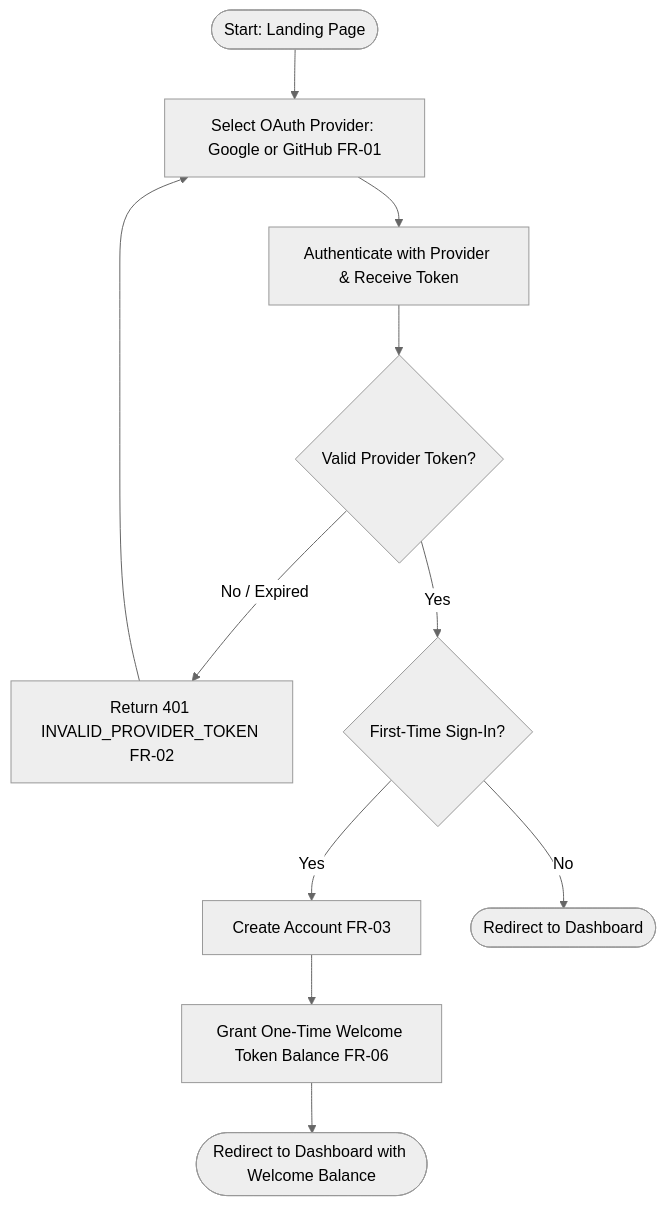
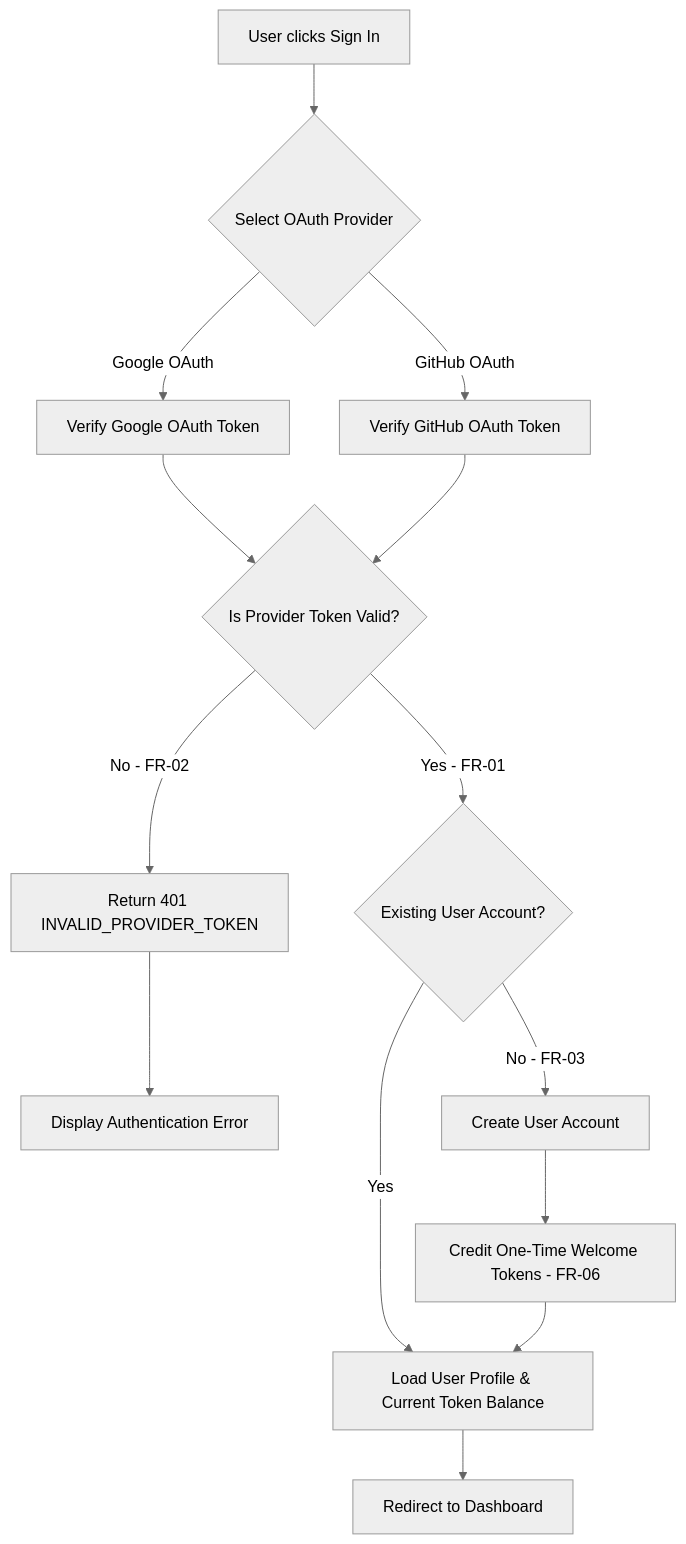
Before and after one commit to Orkun174/token-learning-platform: the first of 5 diagrams in docs/ux/user-flows.md, drawn with Mermaid (neutral theme). The commit also changed other lines of this file, not shown here.

First line of the commit message:
Revise user flows for Token Learning Platform

````diff
--- a/docs/ux/user-flows.md
+++ b/docs/ux/user-flows.md
@@ -9,13 +11,16 @@
 ```mermaid
 flowchart TD
-    A([Start: Landing Page]) --> B[Select OAuth Provider: Google or GitHub FR-01]
-    B --> C[Authenticate with Provider & Receive Token]
-    C --> D{Valid Provider Token?}
-    D -- No / Expired --> E[Return 401 INVALID_PROVIDER_TOKEN FR-02]
-    E --> B
-    D -- Yes --> F{First-Time Sign-In?}
-    F -- Yes --> G[Create Account FR-03]
-    G --> H[Grant One-Time Welcome Token Balance FR-06]
-    H --> I([Redirect to Dashboard with Welcome Balance])
-    F -- No --> J([Redirect to Dashboard])
+    A[User clicks Sign In] --> B{Select OAuth Provider}
+    B -->|Google OAuth| C[Verify Google OAuth Token]
+    B -->|GitHub OAuth| D[Verify GitHub OAuth Token]
+    C --> E{Is Provider Token Valid?}
+    D --> E
+    E -->|No - FR-02| F[Return 401 INVALID_PROVIDER_TOKEN]
+    F --> G[Display Authentication Error]
+    E -->|Yes - FR-01| H{Existing User Account?}
+    H -->|Yes| I[Load User Profile & Current Token Balance]
+    H -->|No - FR-03| J[Create User Account]
+    J --> K[Credit One-Time Welcome Tokens - FR-06]
+    K --> I
+    I --> L[Redirect to Dashboard]
 ```
````
